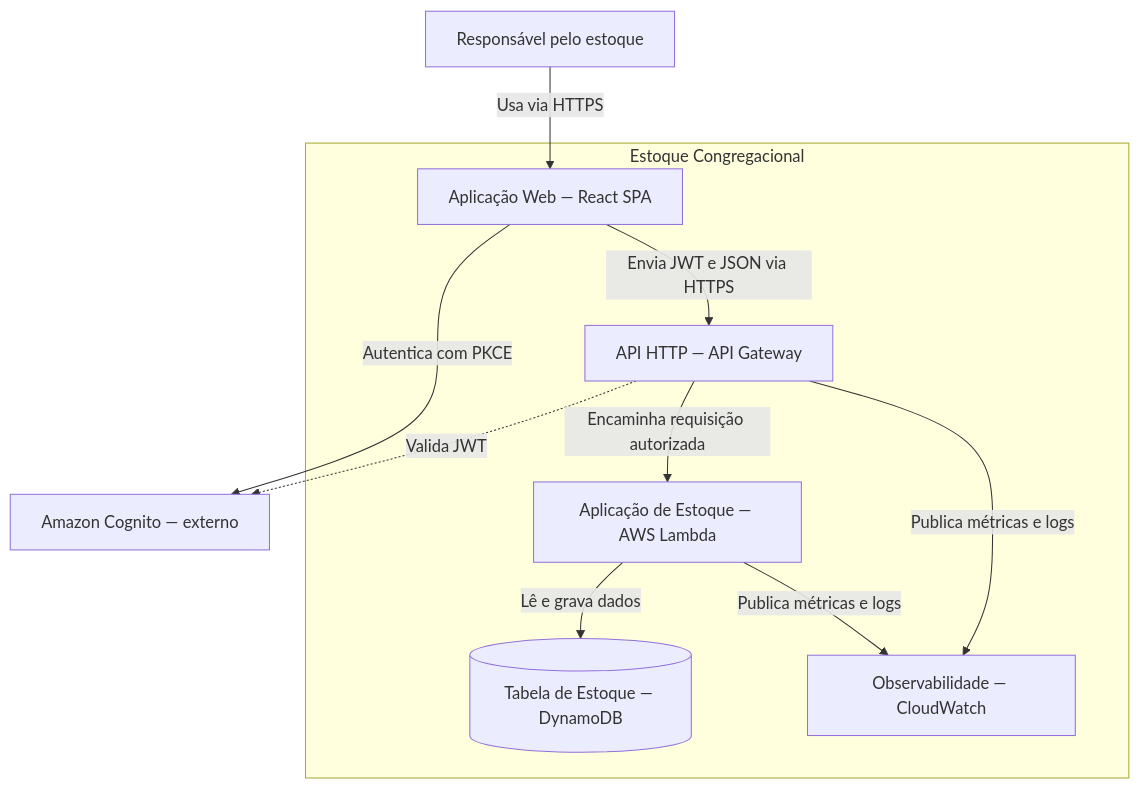
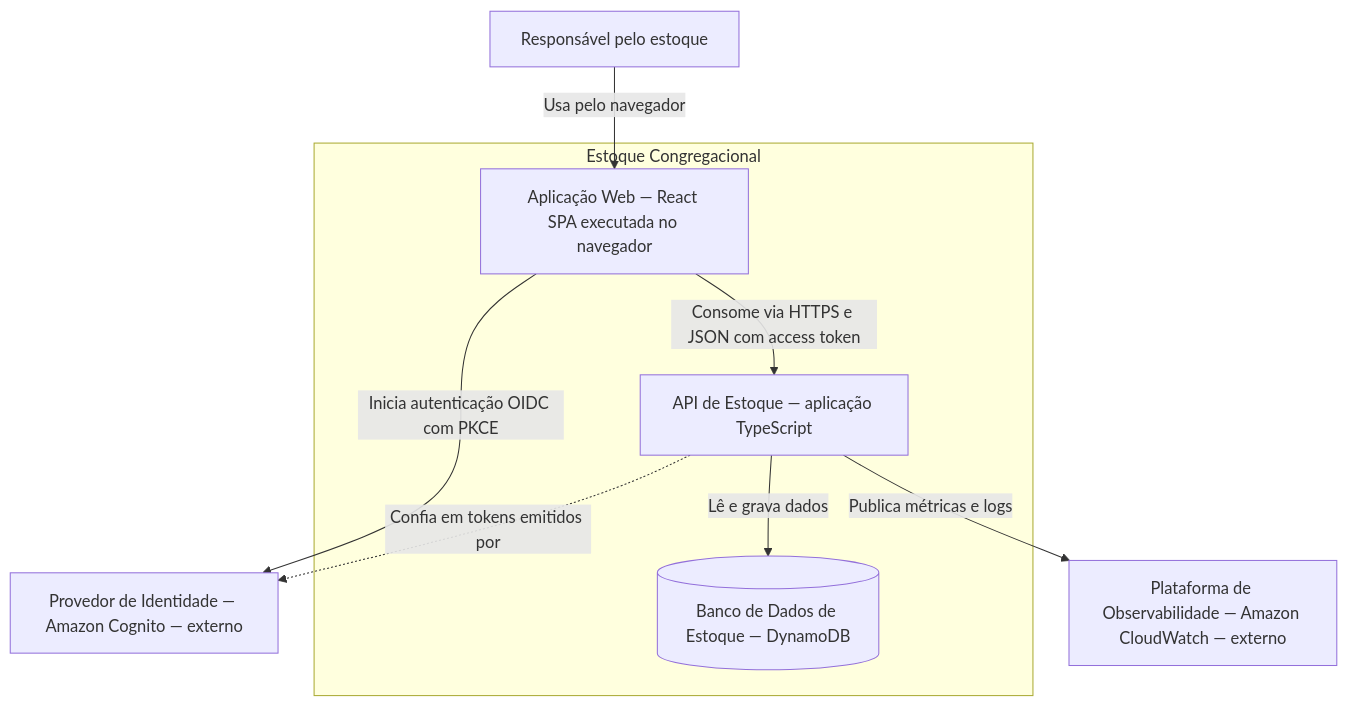
Before and after one commit to TiagoAlves14/estoque-congregacional: the first of 2 diagrams in README.md, drawn with Mermaid. The commit also changed other lines of this file and 6 other files, not shown here.

Commit message:
docs: corrige fluxo web e emissão de JWT

````diff
--- a/README.md
+++ b/README.md
@@ -58,22 +58,19 @@
 ```mermaid
 flowchart TB
     usuario["Responsável pelo estoque"]
-    cognito["Amazon Cognito — externo"]
+    cognito["Provedor de Identidade — Amazon Cognito — externo"]
+    observabilidade["Plataforma de Observabilidade — Amazon CloudWatch — externo"]
 
     subgraph sistema["Estoque Congregacional"]
-        web["Aplicação Web — React SPA"]
-        gateway["API HTTP — API Gateway"]
-        backend["Aplicação de Estoque — AWS Lambda"]
-        banco[("Tabela de Estoque — DynamoDB")]
-        observabilidade["Observabilidade — CloudWatch"]
+        web["Aplicação Web — React SPA executada no navegador"]
+        api["API de Estoque — aplicação TypeScript"]
+        banco[("Banco de Dados de Estoque — DynamoDB")]
     end
 
-    usuario -->|Usa via HTTPS| web
-    web -->|Autentica com PKCE| cognito
-    web -->|Envia JWT e JSON via HTTPS| gateway
-    gateway -.->|Valida JWT| cognito
-    gateway -->|Encaminha requisição autorizada| backend
-    backend -->|Lê e grava dados| banco
-    gateway -->|Publica métricas e logs| observabilidade
-    backend -->|Publica métricas e logs| observabilidade
+    usuario -->|Usa pelo navegador| web
+    web -->|Inicia autenticação OIDC com PKCE| cognito
+    web -->|Consome via HTTPS e JSON com access token| api
+    api -.->|Confia em tokens emitidos por| cognito
+    api -->|Lê e grava dados| banco
+    api -->|Publica métricas e logs| observabilidade
 ```
````
